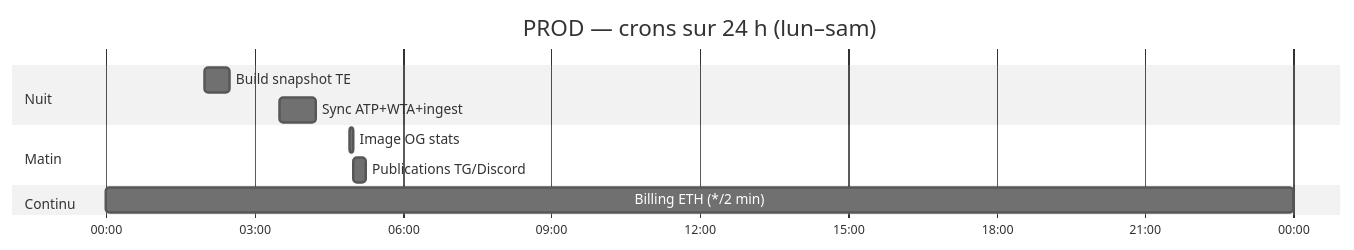
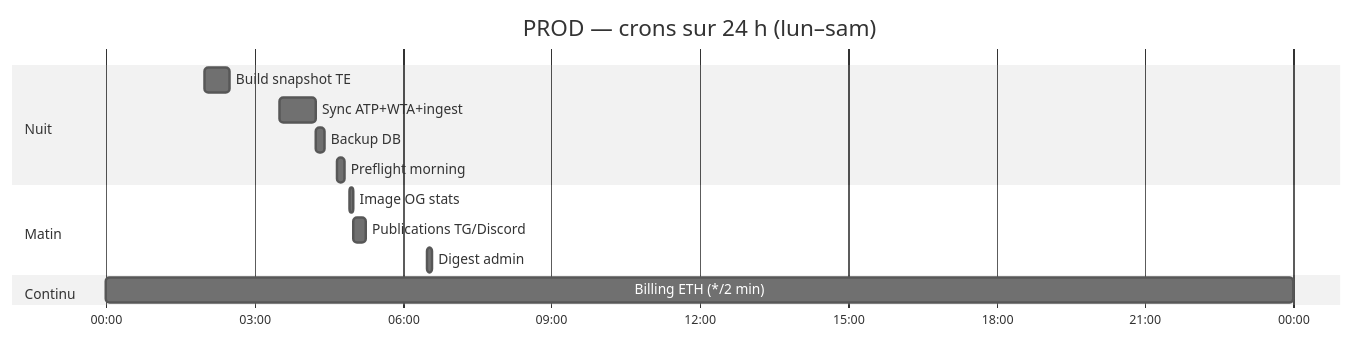
One commit to Miou-ux/BettingHUD changed the diagram in docs/CRONS_SEMAINE.md. Above: the diagram before and after it, drawn with Mermaid (neutral theme). The commit also changed other lines of this file and 13 other files, not shown here.

````diff
--- a/docs/CRONS_SEMAINE.md
+++ b/docs/CRONS_SEMAINE.md
@@ -52,14 +52,17 @@
 ```mermaid
 gantt
     title PROD — crons sur 24 h (lun–sam)
     dateFormat HH:mm
     axisFormat %H:%M
     section Nuit
     Build snapshot TE     :02:00, 30m
     Sync ATP+WTA+ingest   :03:30, 45m
+    Backup DB             :04:15, 10m
+    Preflight morning     :04:40, 10m
     section Matin
     Image OG stats        :04:55, 5m
     Publications TG/Discord :05:00, 15m
+    Digest admin          :06:30, 5m
     section Continu
     Billing ETH (*/2 min)   :00:00, 24h
 ```
````
